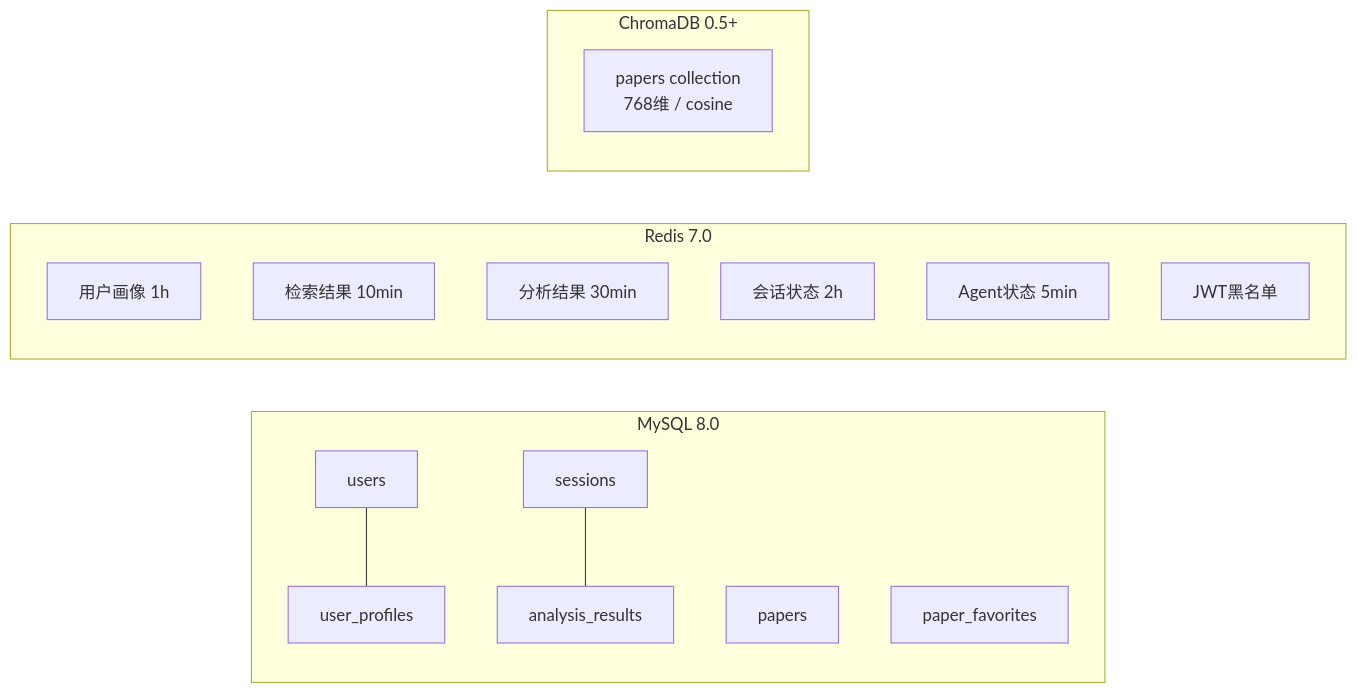
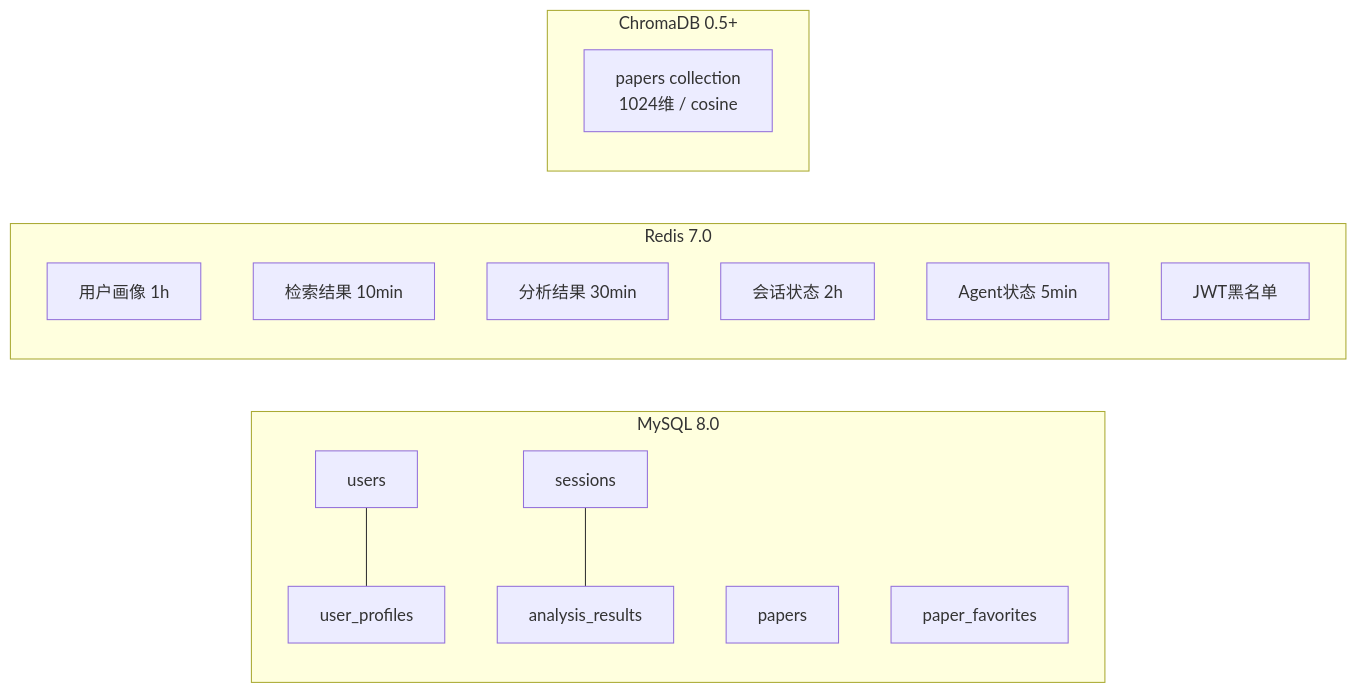
Before and after one commit to Fsu7/Veritas-: the fourth of 5 diagrams in README.md, drawn with Mermaid. The commit also changed other lines of this file and 95 other files, not shown here.

````diff
--- a/README.md
+++ b/README.md
@@ -334,20 +334,20 @@
 ```mermaid
 graph LR
     subgraph MySQL8[MySQL 8.0]
         T1[users] --- T2[user_profiles]
         T3[papers]
         T4[sessions] --- T5[analysis_results]
         T6[paper_favorites]
     end
     subgraph Redis7[Redis 7.0]
         C1[用户画像 1h]
         C2[检索结果 10min]
         C3[分析结果 30min]
         C4[会话状态 2h]
         C5[Agent状态 5min]
         C6[JWT黑名单]
     end
     subgraph Chroma[ChromaDB 0.5+]
-        V1[papers collection<br/>768维 / cosine]
+        V1[papers collection<br/>1024维 / cosine]
     end
 ```
````
